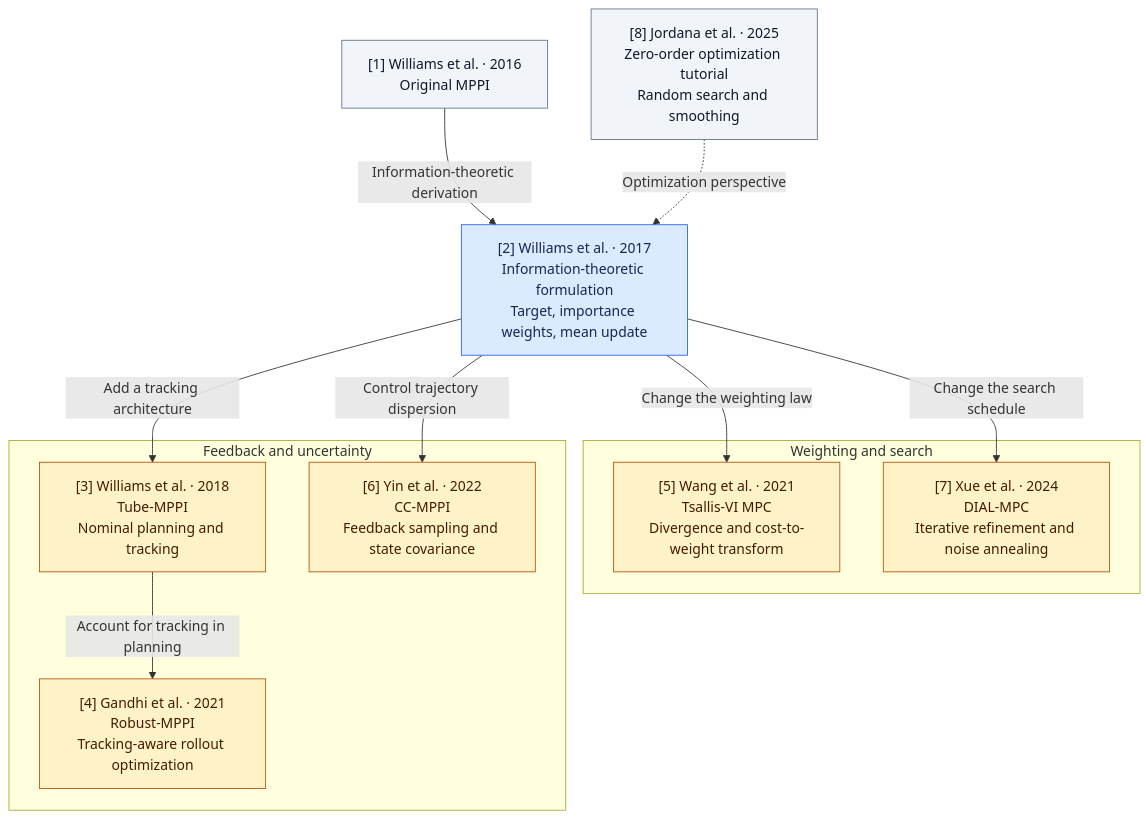
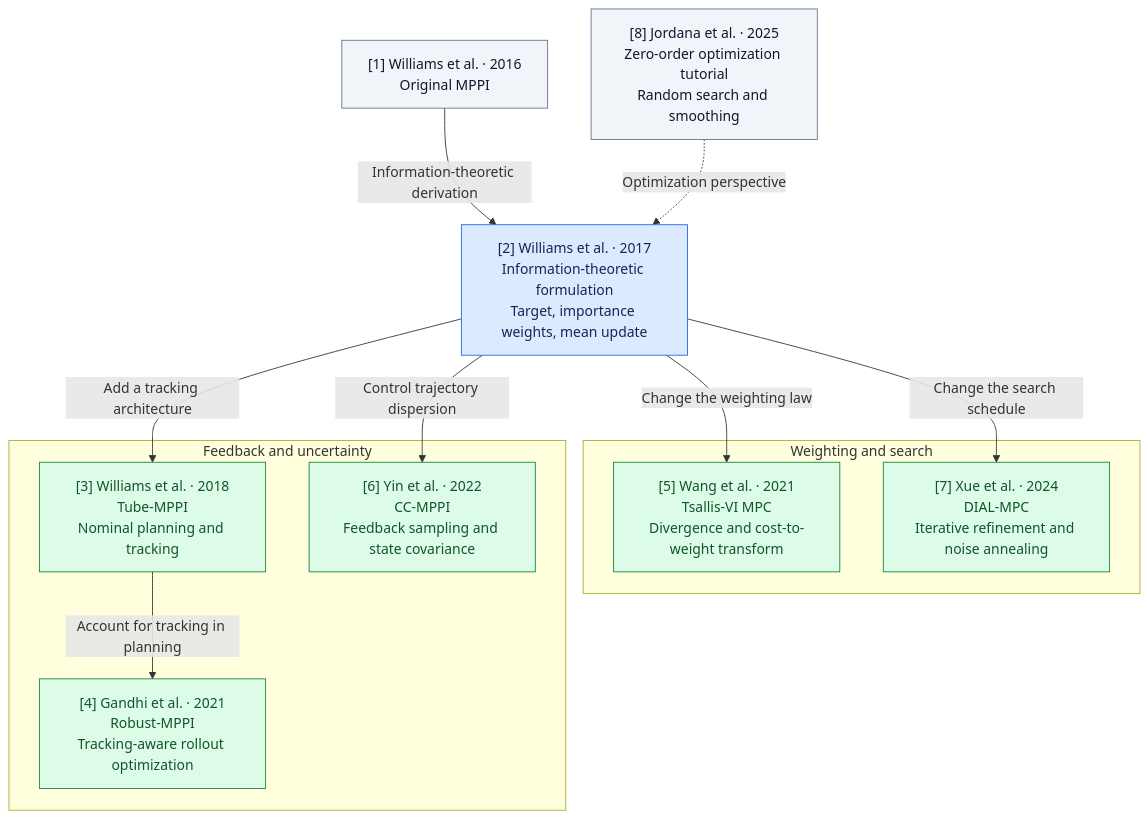
One commit to hdoh-ucsd/mppi-variant-playground changed the diagram in README.md. Above: the diagram before and after it, drawn with Mermaid. The commit also changed other lines of this file and 34 other files, not shown here.

````diff
--- a/README.md
+++ b/README.md
@@ -99,32 +207,32 @@
 ```mermaid
 flowchart TB
     P1["[1] Williams et al. · 2016<br/>Original MPPI"]
     P2["[2] Williams et al. · 2017<br/>Information-theoretic formulation<br/>Target, importance weights, mean update"]
     P8["[8] Jordana et al. · 2025<br/>Zero-order optimization tutorial<br/>Random search and smoothing"]
 
     subgraph SEARCH["Weighting and search"]
         P5["[5] Wang et al. · 2021<br/>Tsallis-VI MPC<br/>Divergence and cost-to-weight transform"]
         P7["[7] Xue et al. · 2024<br/>DIAL-MPC<br/>Iterative refinement and noise annealing"]
     end
 
     subgraph FEEDBACK["Feedback and uncertainty"]
         P3["[3] Williams et al. · 2018<br/>Tube-MPPI<br/>Nominal planning and tracking"]
         P4["[4] Gandhi et al. · 2021<br/>Robust-MPPI<br/>Tracking-aware rollout optimization"]
         P6["[6] Yin et al. · 2022<br/>CC-MPPI<br/>Feedback sampling and state covariance"]
         P3 -->|Account for tracking in planning| P4
     end
 
     P1 -->|Information-theoretic derivation| P2
     P8 -.->|Optimization perspective| P2
     P2 -->|Change the weighting law| P5
     P2 -->|Change the search schedule| P7
     P2 -->|Add a tracking architecture| P3
     P2 -->|Control trajectory dispersion| P6
 
     classDef baseline fill:#dbeafe,stroke:#2563eb,color:#172554
-    classDef planned fill:#fef3c7,stroke:#b45309,color:#451a03
+    classDef implemented fill:#dcfce7,stroke:#15803d,color:#14532d
     classDef context fill:#f1f5f9,stroke:#64748b,color:#0f172a
     class P2 baseline
-    class P3,P4,P5,P6,P7 planned
+    class P3,P4,P5,P6,P7 implemented
     class P1,P8 context
 ```
````
